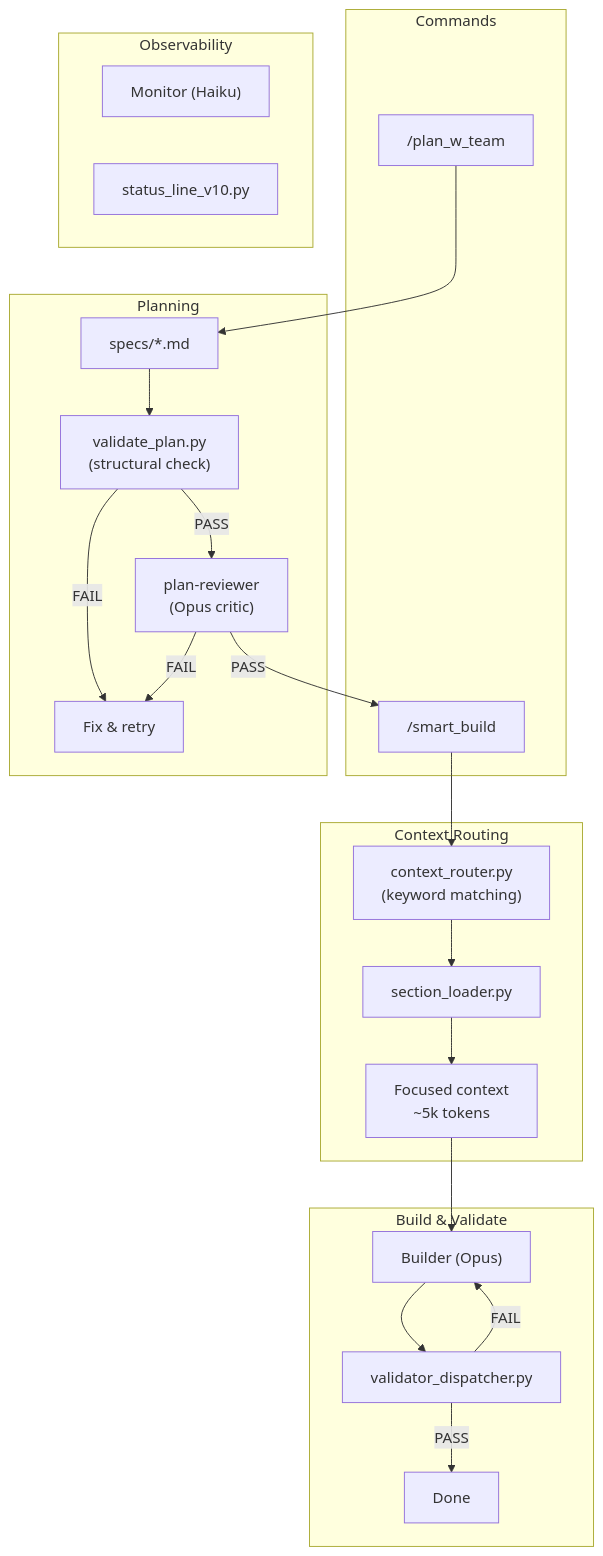
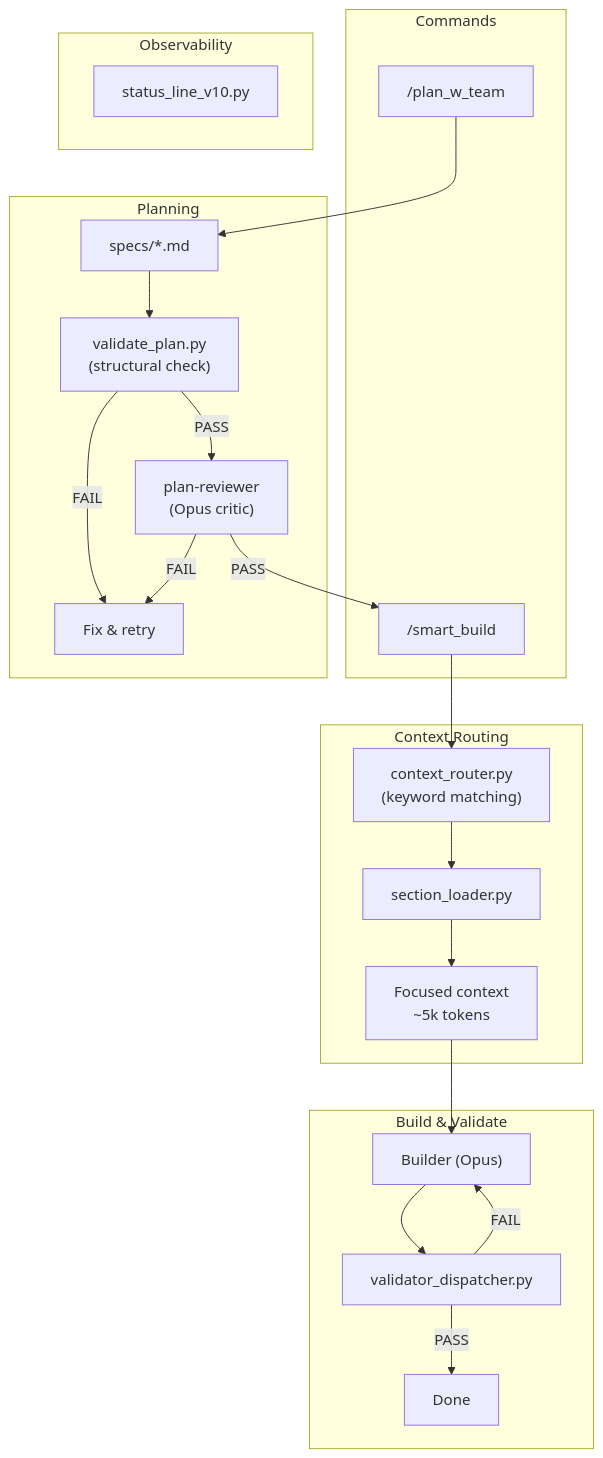
Before and after one commit to a-simeshin/claude-code-hooks-mastery: the diagram in README.md, drawn with Mermaid. The commit also changed other lines of this file, not shown here.

Commit message:
docs: Update README diagram — remove monitor agent, simplify status line

````diff
--- a/README.md
+++ b/README.md
@@ -22,34 +22,33 @@
 ```mermaid
 flowchart TB
     subgraph Commands
         plan["/plan_w_team"]
         smart["/smart_build"]
     end
 
     subgraph Planning
         plan --> spec["specs/*.md"]
         spec --> vp["validate_plan.py<br/>(structural check)"]
         vp -->|PASS| pr["plan-reviewer<br/>(Opus critic)"]
         pr -->|PASS| smart
         vp -->|FAIL| fix["Fix & retry"]
         pr -->|FAIL| fix
     end
 
     subgraph "Context Routing"
         smart --> cr["context_router.py<br/>(keyword matching)"]
         cr --> sl["section_loader.py"]
         sl --> ctx["Focused context<br/>~5k tokens"]
     end
 
     subgraph "Build & Validate"
         ctx --> builder["Builder (Opus)"]
         builder --> vd["validator_dispatcher.py"]
         vd -->|FAIL| builder
         vd -->|PASS| done["Done"]
     end
 
     subgraph Observability
-        monitor["Monitor (Haiku)"]
         status["status_line_v10.py"]
     end
 ```
````
